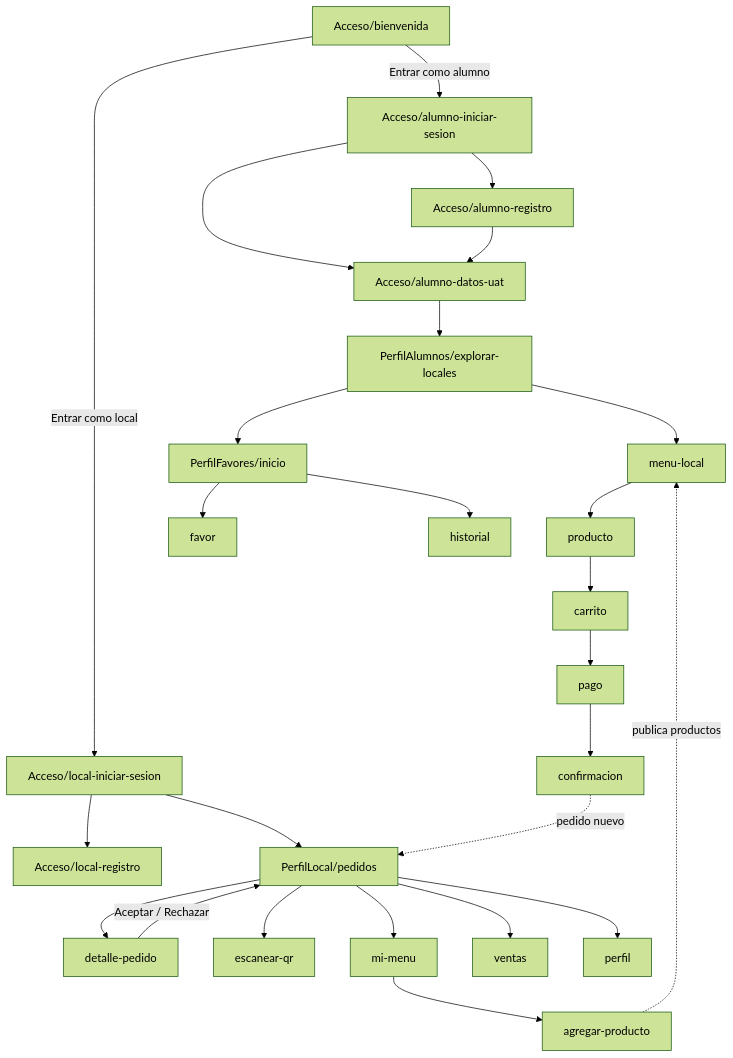
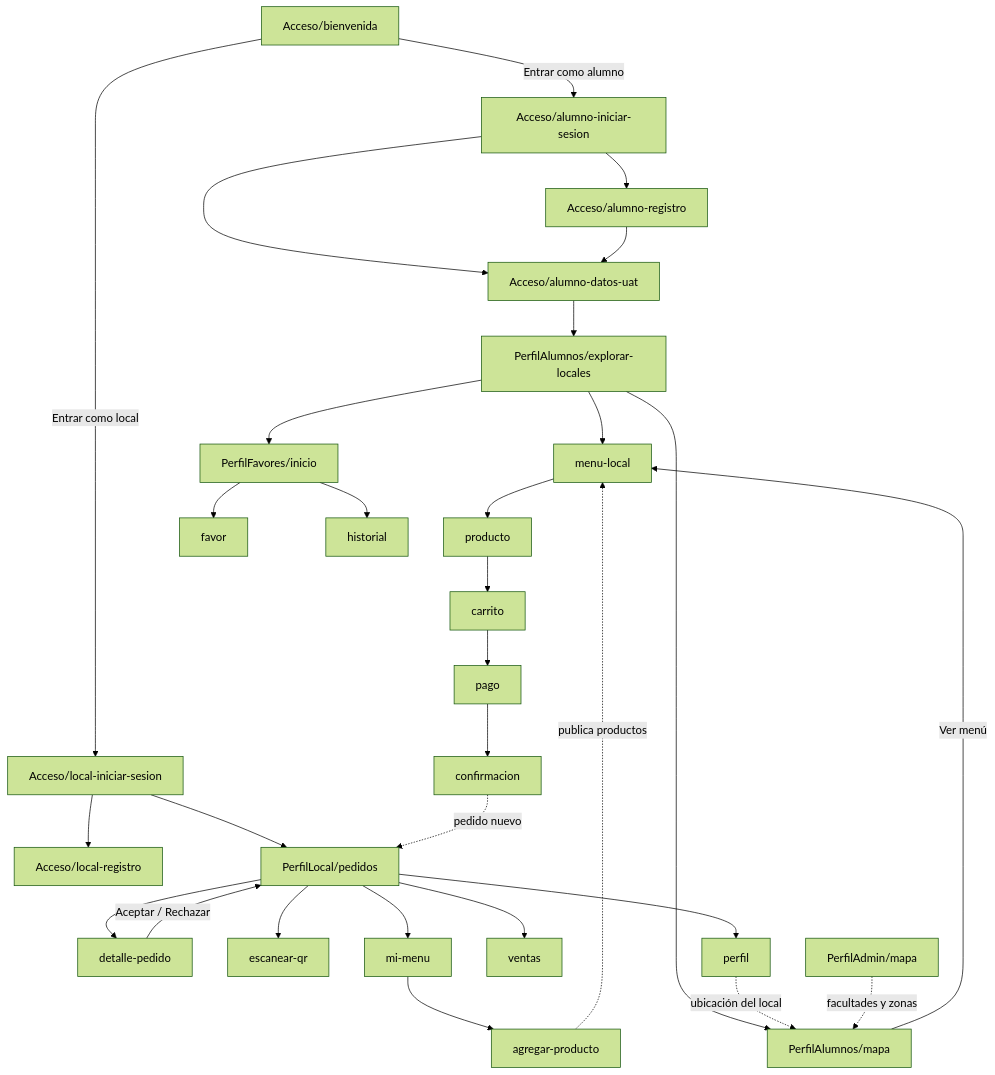
Before and after one commit to jefth1/Pick-Up-UAT: the diagram in docs/diagrama.md, drawn with Mermaid (forest theme). The commit also changed other lines of this file and 24 other files, not shown here.

````diff
--- a/docs/diagrama.md
+++ b/docs/diagrama.md
@@ -5,25 +5,28 @@
 ```mermaid
 flowchart TD
   B[Acceso/bienvenida] -->|Entrar como alumno| AS[Acceso/alumno-iniciar-sesion]
   AS --> AR[Acceso/alumno-registro]
   AS --> D[Acceso/alumno-datos-uat]
   AR --> D
   B -->|Entrar como local| LS[Acceso/local-iniciar-sesion]
   LS --> LR[Acceso/local-registro]
 
   D --> E[PerfilAlumnos/explorar-locales]
   E --> M[menu-local] --> P[producto] --> C[carrito] --> PG[pago] --> CF[confirmacion]
   E --> FV[PerfilFavores/inicio] --> FF[favor]
   FV --> FH[historial]
+  E --> MU[PerfilAlumnos/mapa] -->|Ver menú| M
 
   LS --> PD[PerfilLocal/pedidos]
   PD --> DP[detalle-pedido]
   DP -->|Aceptar / Rechazar| PD
   PD --> QR[escanear-qr]
   PD --> MM[mi-menu] --> AP[agregar-producto]
   PD --> V[ventas]
   PD --> PF[perfil]
 
   AP -. publica productos .-> M
   CF -. pedido nuevo .-> PD
+  PF -. ubicación del local .-> MU
+  AD[PerfilAdmin/mapa] -. facultades y zonas .-> MU
 ```
````
